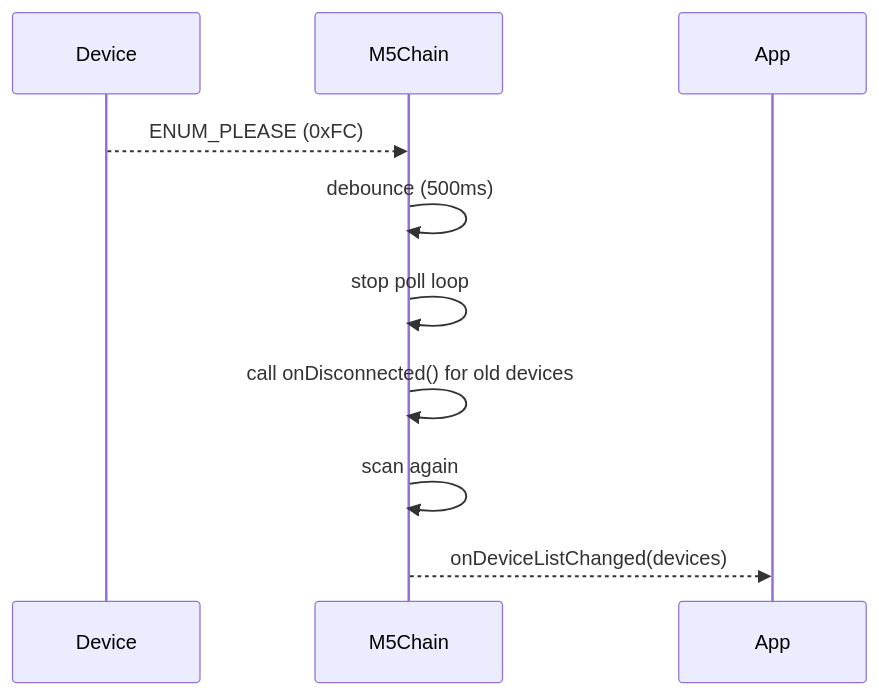
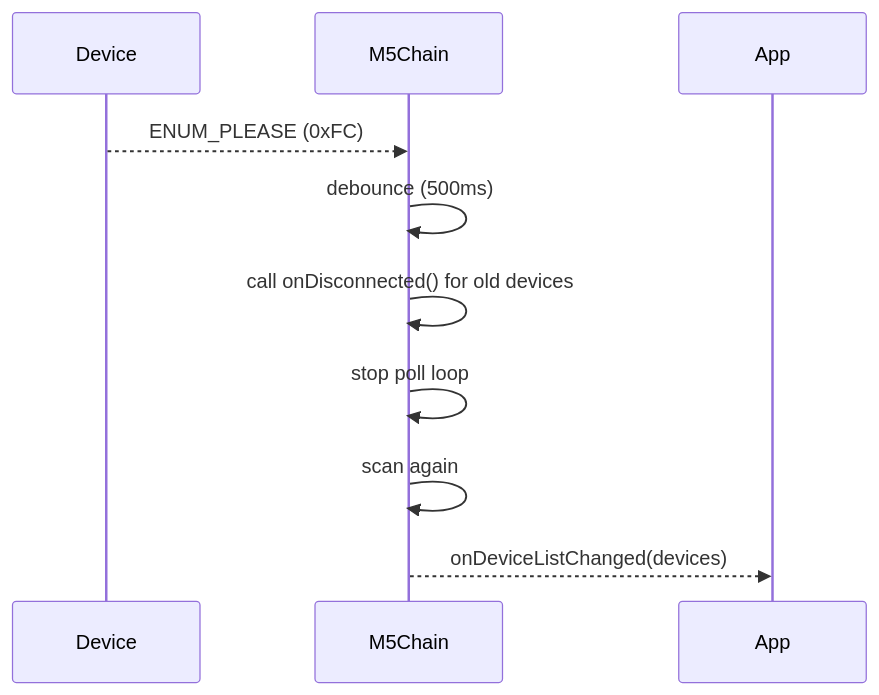
One commit to stc1988/moddable-m5chain changed the second of 3 diagrams in AGENTS.md. Above: the diagram before and after it, drawn with Mermaid. The commit also changed other lines of this file and 3 other files, not shown here.

Commit message:
docs: align usage examples and architecture with implementation

````diff
--- a/AGENTS.md
+++ b/AGENTS.md
@@ -170,11 +186,11 @@
 ```mermaid
 sequenceDiagram
   participant Device
   participant M5Chain
   Device-->>M5Chain: ENUM_PLEASE (0xFC)
   M5Chain->>M5Chain: debounce (500ms)
+  M5Chain->>M5Chain: call onDisconnected() for old devices
   M5Chain->>M5Chain: stop poll loop
-  M5Chain->>M5Chain: call onDisconnected() for old devices
   M5Chain->>M5Chain: scan again
   M5Chain-->>App: onDeviceListChanged(devices)
 ```
````
